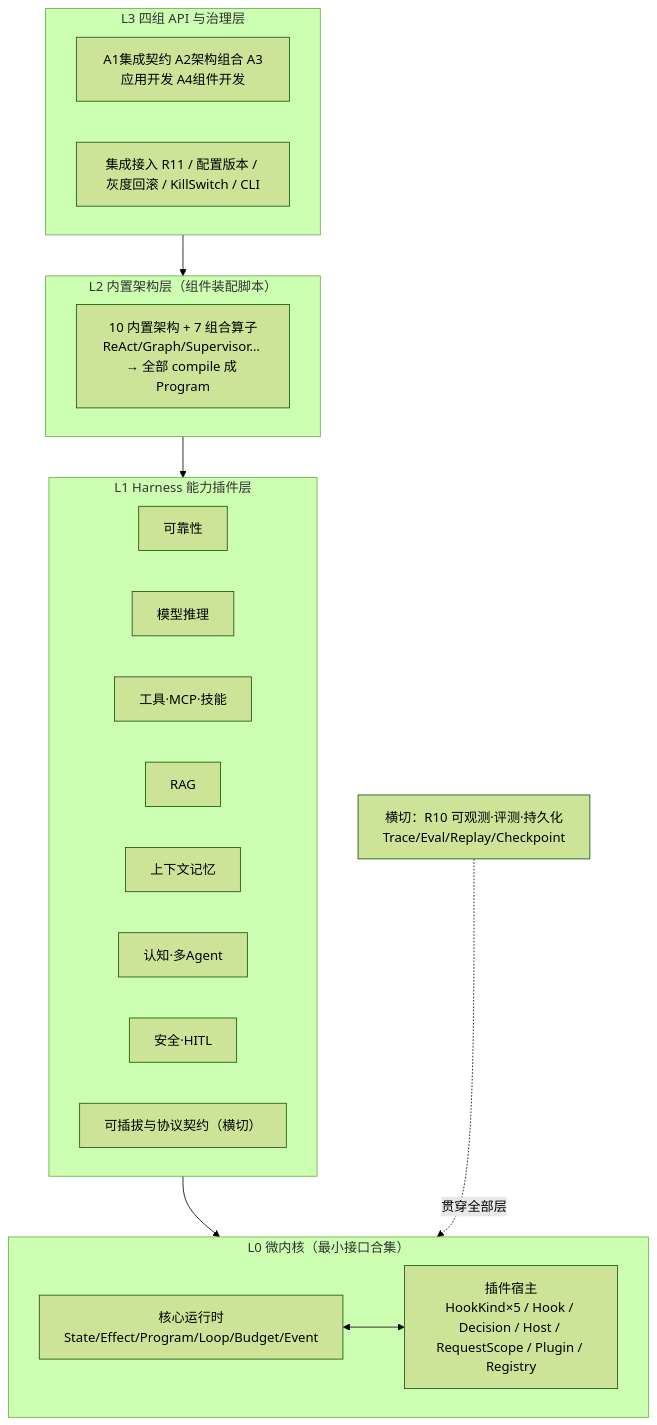
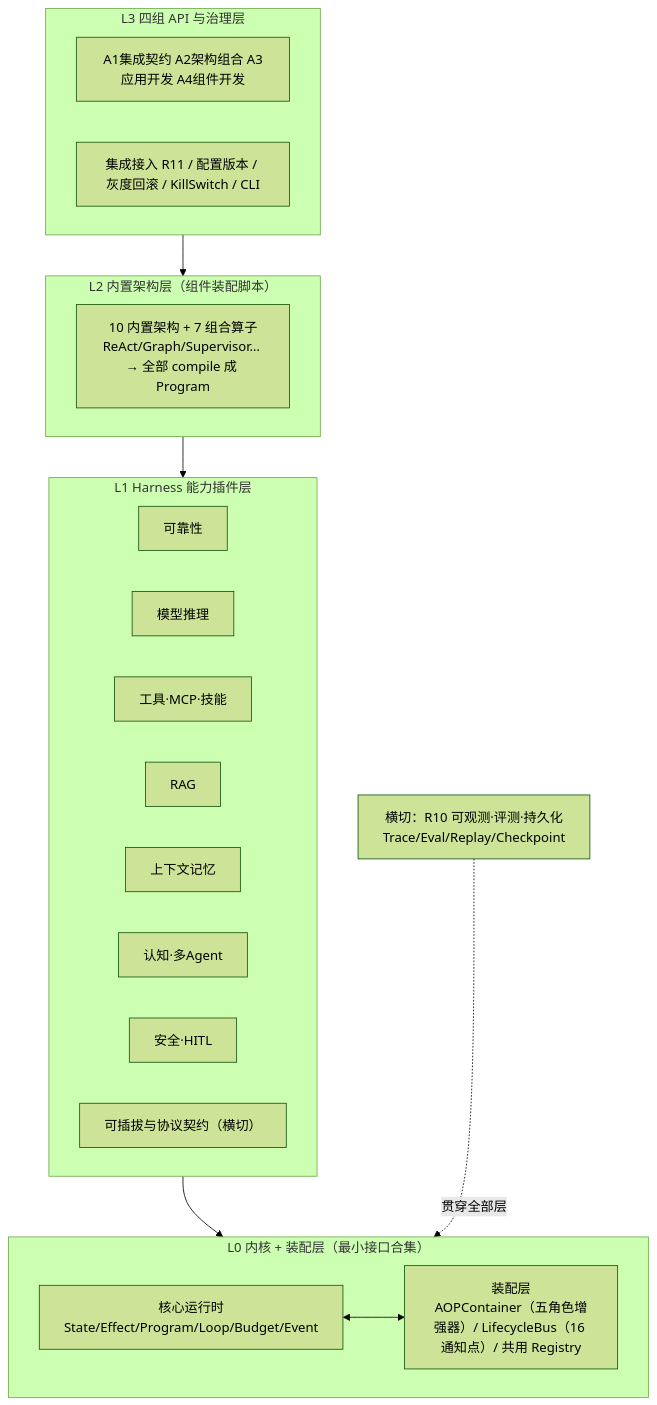
One commit to sao-lang/lll changed the first of 13 diagrams in docs/01-总览与设计/AGENT-总设计.md. Above: the diagram before and after it, drawn with Mermaid (forest theme). The commit also changed other lines of this file and 127 other files, not shown here.

````diff
--- a/docs/01-总览与设计/AGENT-总设计.md
+++ b/docs/01-总览与设计/AGENT-总设计.md
@@ -92,23 +92,23 @@
 ```mermaid
 flowchart TD
     subgraph L3["L3 四组 API 与治理层"]
         API["A1集成契约 A2架构组合 A3应用开发 A4组件开发"]
         GOV["集成接入 R11 / 配置版本 / 灰度回滚 / KillSwitch / CLI"]
     end
     subgraph L2["L2 内置架构层（组件装配脚本）"]
         R12["10 内置架构 + 7 组合算子<br/>ReAct/Graph/Supervisor… → 全部 compile 成 Program"]
     end
     subgraph L1L["L1 Harness 能力插件层"]
         R3["可靠性"]; R4["模型推理"]; R5["工具·MCP·技能"]
         R6["RAG"]; R7["上下文记忆"]; R8["认知·多Agent"]; R9["安全·HITL"]
         R13["可插拔与协议契约（横切）"]
     end
-    subgraph L0L["L0 微内核（最小接口合集）"]
+    subgraph L0L["L0 内核 + 装配层（最小接口合集）"]
         R1["核心运行时<br/>State/Effect/Program/Loop/Budget/Event"]
-        R2["插件宿主<br/>HookKind×5 / Hook / Decision / Host / RequestScope / Plugin / Registry"]
+        R2["装配层<br/>AOPContainer（五角色增强器）/ LifecycleBus（16 通知点）/ 共用 Registry"]
     end
     OBS["横切：R10 可观测·评测·持久化<br/>Trace/Eval/Replay/Checkpoint"]
     L3 --> L2 --> L1L --> L0L
     R1 <--> R2
     OBS -.贯穿全部层.-> L0L
 ```
````
